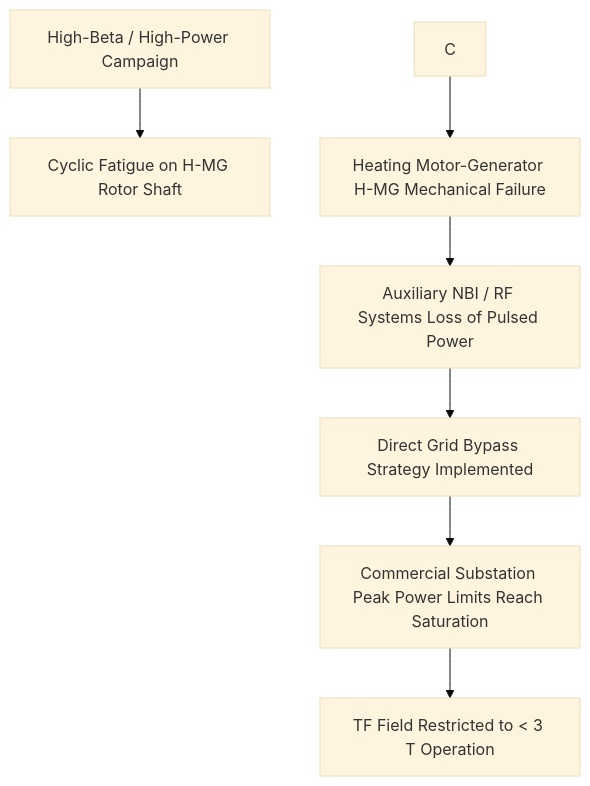
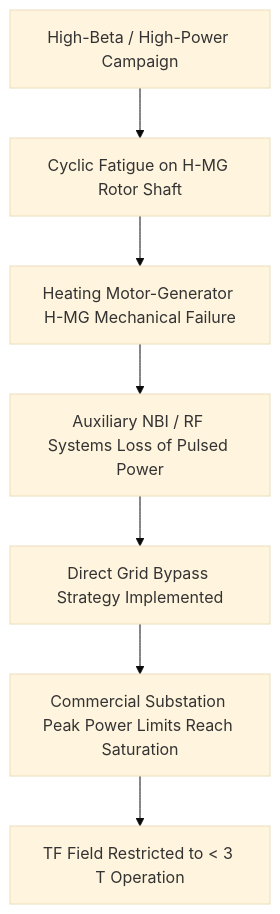
One commit to catskillsresearch/fusion_reactor_component_failures changed the fourth of 6 diagrams in arxiv.md. Above: the diagram before and after it, drawn with Mermaid (base theme).

Commit message:
Update flowchart in arxiv.md to correct the sequence of events related to the High-Beta / High-Power Campaign for improved clarity.

````diff
--- a/arxiv.md
+++ b/arxiv.md
@@ -118,9 +118,9 @@
 ```mermaid
 graph TD
     A[High-Beta / High-Power Campaign] --> B[Cyclic Fatigue on H-MG Rotor Shaft]
-    C --> D[Heating Motor-Generator H-MG Mechanical Failure]
-    D --> E[Auxiliary NBI / RF Systems Loss of Pulsed Power]
-    E --> F[Direct Grid Bypass Strategy Implemented]
-    F --> G[Commercial Substation Peak Power Limits Reach Saturation]
-    G --> H[TF Field Restricted to < 3 T Operation]
+    B --> C[Heating Motor-Generator H-MG Mechanical Failure]
+    C --> D[Auxiliary NBI / RF Systems Loss of Pulsed Power]
+    D --> E[Direct Grid Bypass Strategy Implemented]
+    E --> F[Commercial Substation Peak Power Limits Reach Saturation]
+    F --> G[TF Field Restricted to < 3 T Operation]
 ```
````
